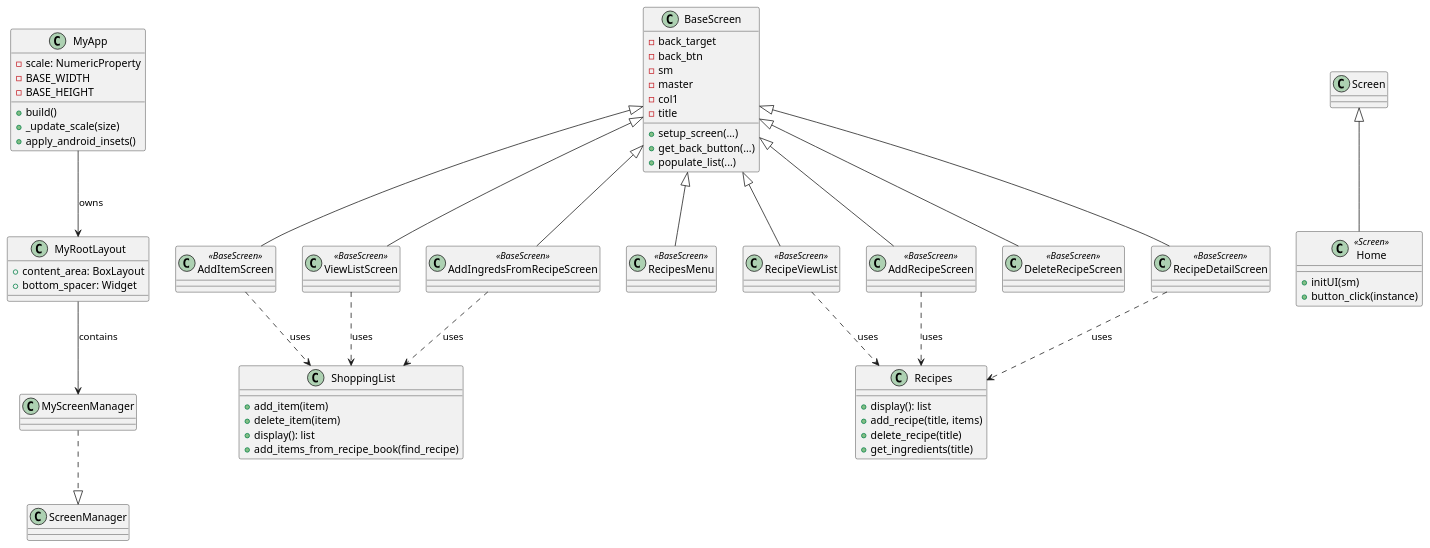
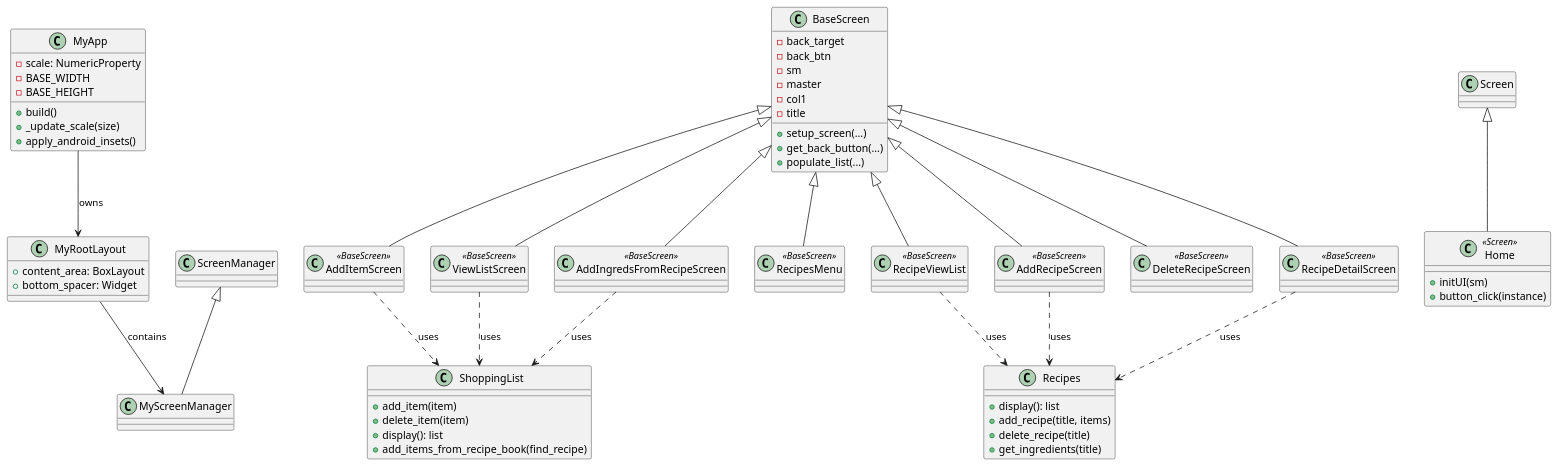
Before and after one commit to Alice-Michael/GroceryList: the diagram in uml/architecture.puml, drawn with PlantUML.

Commit message:
Update/fix uml

```diff
--- a/uml/architecture.puml
+++ b/uml/architecture.puml
@@ -1,85 +1,86 @@
 @startuml
 ' GroceryList project class diagram
 ' Generated from repository structure
 
 class MyApp {
   - scale: NumericProperty
   - BASE_WIDTH
   - BASE_HEIGHT
   + build()
   + _update_scale(size)
   + apply_android_insets()
 }
 
 class MyRootLayout {
   + content_area: BoxLayout
   + bottom_spacer: Widget
 }
 
 class MyScreenManager
 
 MyApp --> MyRootLayout : owns
 MyRootLayout --> MyScreenManager : contains
 
 class BaseScreen {
   - back_target
   - back_btn
   - sm
   - master
   - col1
   - title
   + setup_screen(...)
   + get_back_button(...)
   + populate_list(...)
 }
 
 class Home <<Screen>> {
   + initUI(sm)
   + button_click(instance)
 }
 
 class AddItemScreen <<BaseScreen>>
 class ViewListScreen <<BaseScreen>>
 class AddIngredsFromRecipeScreen <<BaseScreen>>
 
 BaseScreen <|-- AddItemScreen
 BaseScreen <|-- ViewListScreen
 BaseScreen <|-- AddIngredsFromRecipeScreen
 Screen <|-- Home
 
-MyScreenManager ..|> ScreenManager
+' corrected: show ScreenManager as the parent of MyScreenManager
+ScreenManager <|-- MyScreenManager
 
 class RecipesMenu <<BaseScreen>>
 class RecipeViewList <<BaseScreen>>
 class AddRecipeScreen <<BaseScreen>>
 class DeleteRecipeScreen <<BaseScreen>>
 class RecipeDetailScreen <<BaseScreen>>
 
 BaseScreen <|-- RecipesMenu
 BaseScreen <|-- RecipeViewList
 BaseScreen <|-- AddRecipeScreen
 BaseScreen <|-- DeleteRecipeScreen
 BaseScreen <|-- RecipeDetailScreen
 
 class ShoppingList {
   + add_item(item)
   + delete_item(item)
   + display(): list
   + add_items_from_recipe_book(find_recipe)
 }
 
 class Recipes {
   + display(): list
   + add_recipe(title, items)
   + delete_recipe(title)
   + get_ingredients(title)
 }
 
 AddItemScreen ..> ShoppingList : uses
 ViewListScreen ..> ShoppingList : uses
 AddIngredsFromRecipeScreen ..> ShoppingList : uses
 RecipeViewList ..> Recipes : uses
 RecipeDetailScreen ..> Recipes : uses
 AddRecipeScreen ..> Recipes : uses
 
 @enduml
```
